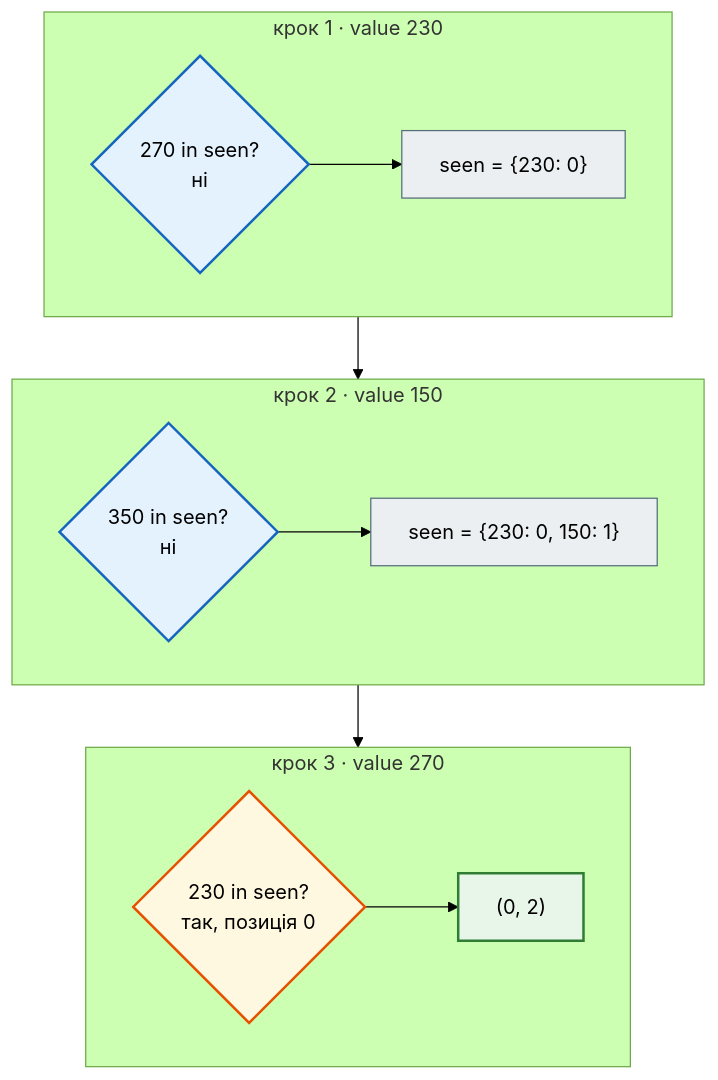
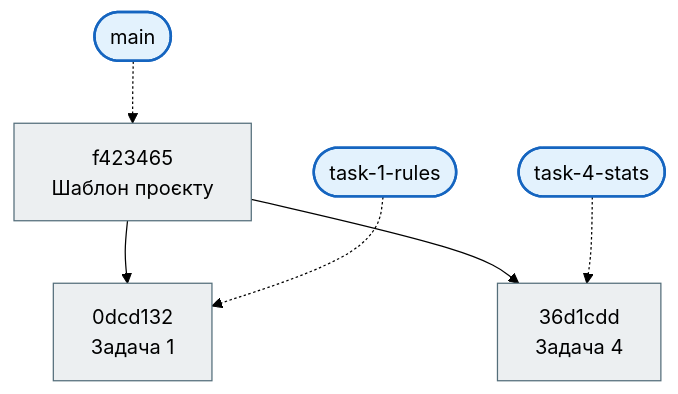
The third of 4 diagrams in docs/modules/m1/lesson_16.md (AlinaRadchenko/PY-Course-Victor-Nikoriak-22-09-2026), drawn with Mermaid (forest theme) before and after one commit. The commit also changed other lines of this file and 1846 other files, not shown here.

````diff
--- a/docs/modules/m1/lesson_16.md
+++ b/docs/modules/m1/lesson_16.md
@@ -178,27 +234,17 @@
 ```mermaid
 flowchart TD
     classDef step     fill:#eceff1,stroke:#546e7a,stroke-width:1px;
     classDef decision fill:#e3f2fd,stroke:#1565c0,stroke-width:2px;
     classDef success  fill:#e8f5e9,stroke:#2e7d32,stroke-width:2px;
     classDef error    fill:#ffebee,stroke:#c62828,stroke-width:3px;
     classDef warning  fill:#fff8e1,stroke:#e65100,stroke-width:2px;
 
-    subgraph K1["крок 1 · value 230"]
-        direction LR
-        Q1{"270 in seen?<br>ні"} --> S1["seen = {230: 0}"]
-    end
-    subgraph K2["крок 2 · value 150"]
-        direction LR
-        Q2{"350 in seen?<br>ні"} --> S2["seen = {230: 0, 150: 1}"]
-    end
-    subgraph K3["крок 3 · value 270"]
-        direction LR
-        Q3{"230 in seen?<br>так, позиція 0"} --> R3["(0, 2)"]
-    end
-    K1 --> K2 --> K3
+    C0["f423465<br>Шаблон проєкту"] --> C1["0dcd132<br>Задача 1"]
+    C0 --> C4["36d1cdd<br>Задача 4"]
+    MAIN(["main"]) -.-> C0
+    B1(["task-1-rules"]) -.-> C1
+    B4(["task-4-stats"]) -.-> C4
 
-    class Q1,Q2 decision
-    class S1,S2 step
-    class Q3 warning
-    class R3 success
+    class C0,C1,C4 step
+    class MAIN,B1,B4 decision
 ```
````
